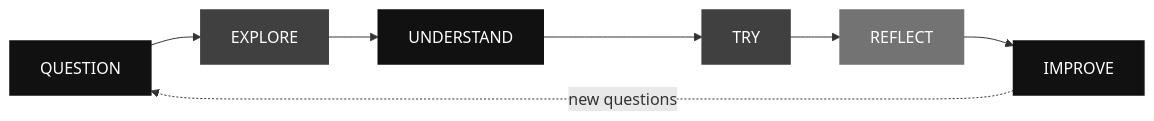
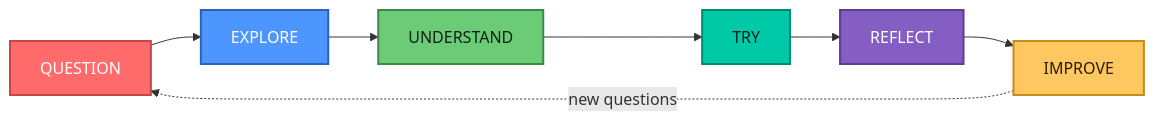
Before and after one commit to drnovia/drnovia: the first of 2 diagrams in README.md, drawn with Mermaid. The commit also changed other lines of this file, not shown here.

````diff
--- a/README.md
+++ b/README.md
@@ -190,17 +263,23 @@
 ```mermaid
 flowchart LR
-  Q["QUESTION"] --> E["EXPLORE"]
-  E --> U["UNDERSTAND"]
-  U --> T["TRY"]
-  T --> R["REFLECT"]
-  R --> I["IMPROVE"]
-  I -. new questions .-> Q
+    Q["QUESTION"] --> E["EXPLORE"]
+    E --> U["UNDERSTAND"]
+    U --> T["TRY"]
+    T --> R["REFLECT"]
+    R --> I["IMPROVE"]
+    I -. "new questions" .-> Q
 
-  classDef dark fill:#111111,stroke:#111111,color:#ffffff,stroke-width:1.5px;
-  classDef mid fill:#404040,stroke:#404040,color:#ffffff,stroke-width:1.5px;
-  classDef light fill:#737373,stroke:#737373,color:#ffffff,stroke-width:1.5px;
+    classDef coral fill:#FF6B6B,stroke:#C44545,color:#ffffff,stroke-width:2px;
+    classDef blue fill:#4D96FF,stroke:#2B63B8,color:#ffffff,stroke-width:2px;
+    classDef green fill:#6BCB77,stroke:#3A8A46,color:#102114,stroke-width:2px;
+    classDef teal fill:#00C9A7,stroke:#008C74,color:#06231E,stroke-width:2px;
+    classDef purple fill:#845EC2,stroke:#5E3D95,color:#ffffff,stroke-width:2px;
+    classDef gold fill:#FFC75F,stroke:#C58E18,color:#2A1D00,stroke-width:2px;
 
-  class Q,U,I dark;
-  class E,T mid;
-  class R light;
+    class Q coral;
+    class E blue;
+    class U green;
+    class T teal;
+    class R purple;
+    class I gold;
 ```
````
